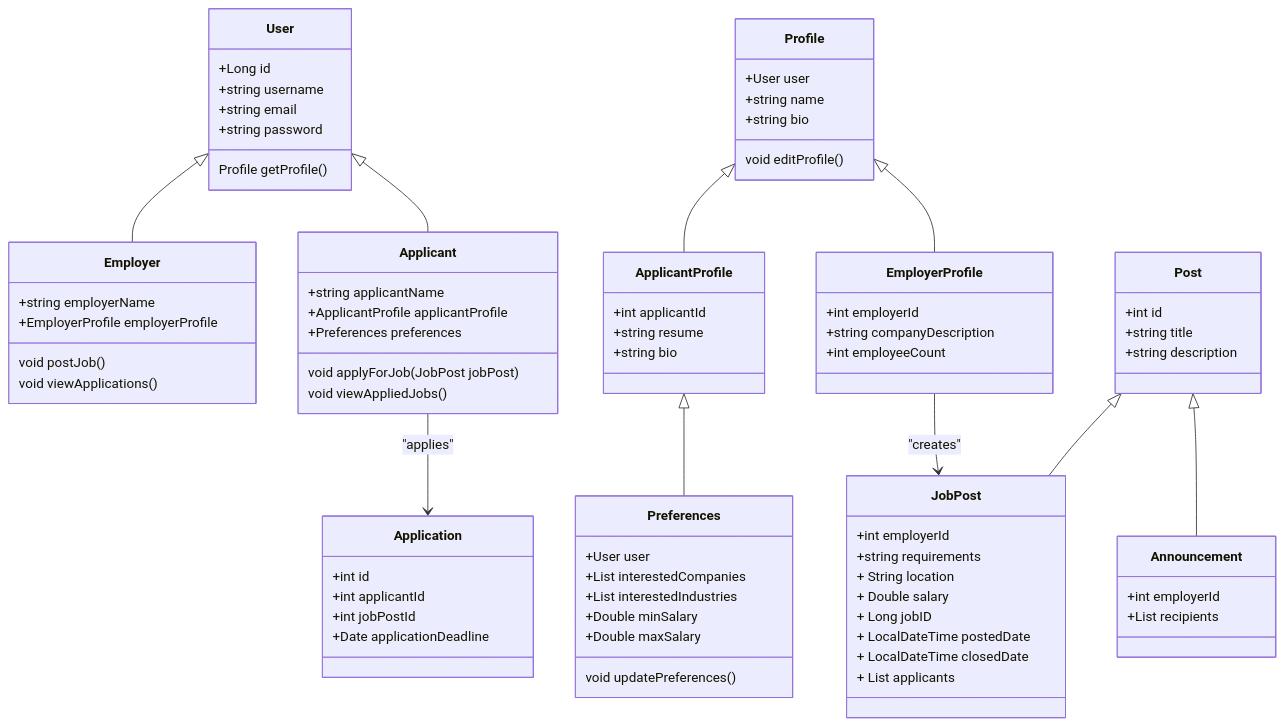
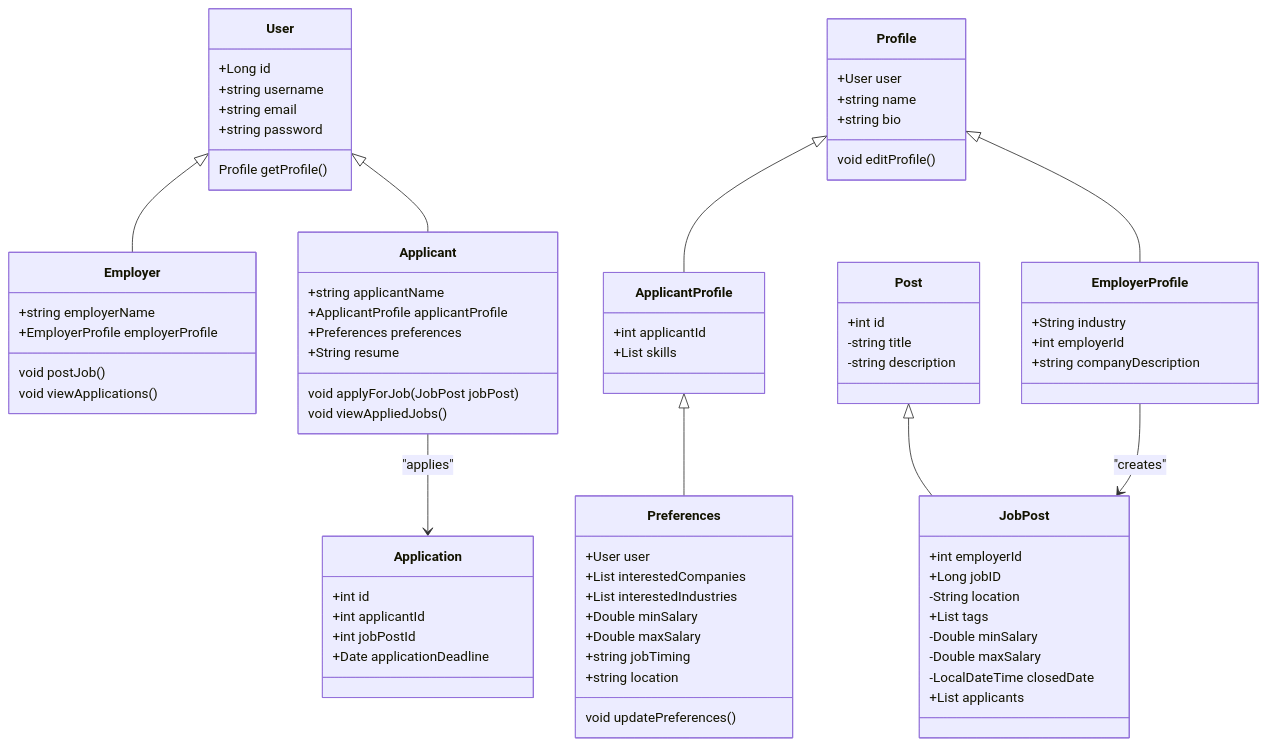
Before and after one commit to jhu-oose-f24/Team-JobJays: the diagram in doc/class_diagram.mermaid, drawn with Mermaid. The commit also changed other lines of this file and 1 other file, not shown here.

Commit message:
Editing README and UML

```diff
--- a/doc/class_diagram.mermaid
+++ b/doc/class_diagram.mermaid
@@ -1,98 +1,93 @@
 classDiagram
     User <|-- Employer
     User <|-- Applicant
     Profile <|-- ApplicantProfile
     Profile <|-- EmployerProfile
     Post <|-- JobPost
-    Post <|-- Announcement
     ApplicantProfile <|-- Preferences
 
 
     class User {
         +Long id
         +string username
         +string email
         +string password
         Profile getProfile()
     }
 
     class Preferences {
         +User user
         +List<Employer> interestedCompanies
         +List<String> interestedIndustries
         +Double minSalary
         +Double maxSalary
+        +string jobTiming
+        +string location
         void updatePreferences()
 
     }
 
 
     class Employer {
         +string employerName
         +EmployerProfile employerProfile
         void postJob()
         void viewApplications()
     }
 
     class Applicant {
         +string applicantName
         +ApplicantProfile applicantProfile
         +Preferences preferences
+        +String resume
         void applyForJob(JobPost jobPost)
         void viewAppliedJobs()
 
     }
 
     class Profile {
         +User user
         +string name
         +string bio
         void editProfile()
     }
 
     class EmployerProfile {
+        +String industry
         +int employerId
         +string companyDescription
-        +int employeeCount
     }
 
     class ApplicantProfile {
         +int applicantId
-        +string resume
-        +string bio
+        +List<String> skills
     }
 
     class Post {
         +int id
-        +string title
-        +string description
+        -string title
+        -string description
     }
 
     class JobPost {
         +int employerId
-        +string requirements
-        + String location
-        + Double salary
-
-        + Long jobID
-        + LocalDateTime postedDate
-        + LocalDateTime closedDate
-
-        + List<Applicant> applicants
+        +Long jobID
+        -String location
+        +List<String> tags
+        -Double minSalary
+        -Double maxSalary
+        -LocalDateTime closedDate
+        +List<Applicant> applicants
     }
 
-    class Announcement {
-        +int employerId
-        +List <User> recipients
-    }
 
     class Application {
         +int id
         +int applicantId
         +int jobPostId
         +Date applicationDeadline
     }
 
 
     Applicant --> Application : "applies"
     EmployerProfile --> JobPost : "creates"
```
